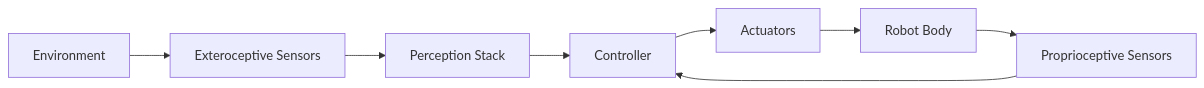
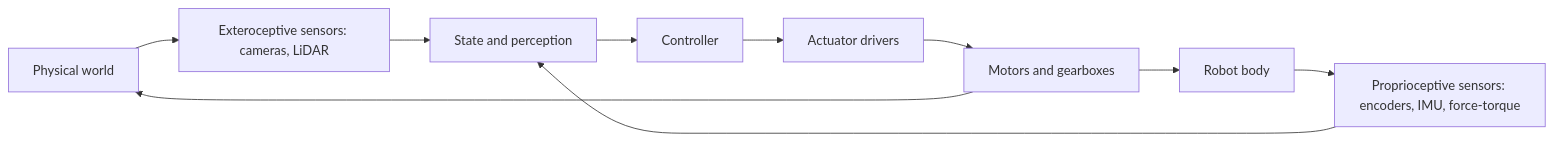
The first of 2 diagrams in docs/part2-sensing/01-sensors-and-actuators.mdx (Muhammadumerakmal/physical-ai-humanoid-robotics), drawn with Mermaid before and after one commit. The commit also changed other lines of this file and 59 other files, not shown here.

````diff
--- a/docs/part2-sensing/01-sensors-and-actuators.mdx
+++ b/docs/part2-sensing/01-sensors-and-actuators.mdx
@@ -56,10 +117,12 @@
 ```mermaid
 flowchart LR
-    E[Environment] --> S[Exteroceptive Sensors]
-    S --> P[Perception Stack]
-    R[Robot Body] --> Q[Proprioceptive Sensors]
-    Q --> C[Controller]
-    P --> C
-    C --> A[Actuators]
-    A --> R
+    World[Physical world] --> Extero[Exteroceptive sensors: cameras, LiDAR]
+    Body[Robot body] --> Propio[Proprioceptive sensors: encoders, IMU, force-torque]
+    Extero --> Est[State and perception]
+    Propio --> Est
+    Est --> Ctrl[Controller]
+    Ctrl --> Drive[Actuator drivers]
+    Drive --> Motor[Motors and gearboxes]
+    Motor --> Body
+    Motor --> World
 ```
````
